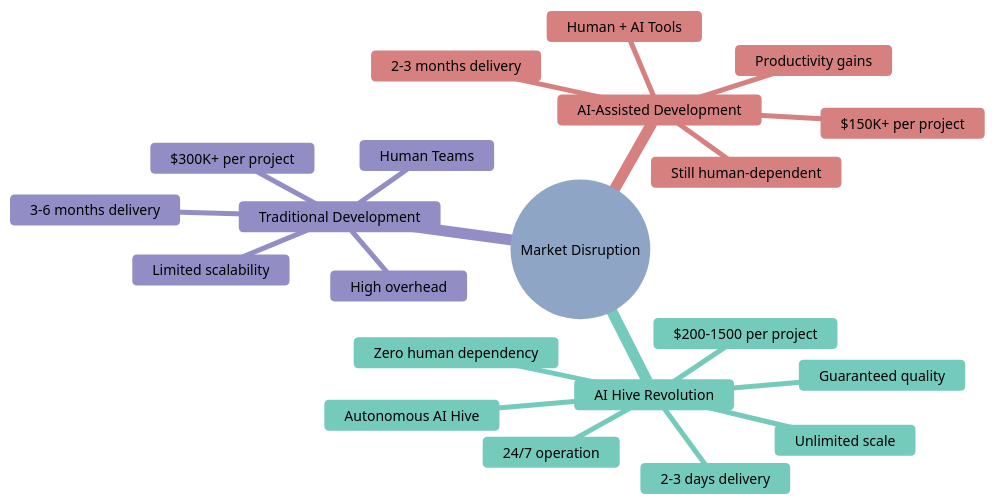
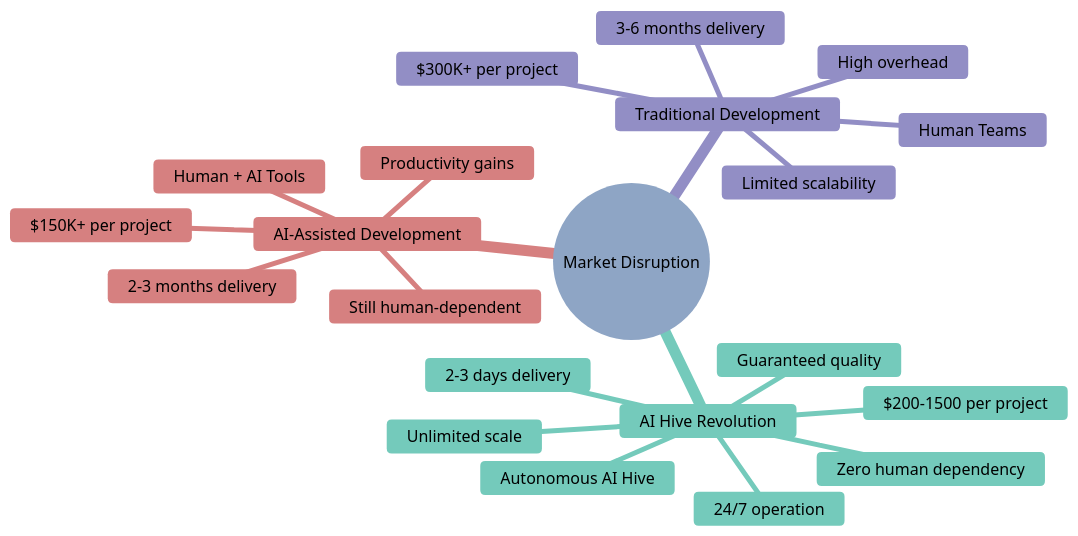
One commit to o2alexanderfedin/AI-Hive-Business-Docs changed the diagram in business-documents/competitive-positioning/index.md. Above: the diagram before and after it, drawn with Mermaid. The commit also changed other lines of this file and 8 other files, not shown here.

````diff
--- a/business-documents/competitive-positioning/index.md
+++ b/business-documents/competitive-positioning/index.md
@@ -65,57 +42,40 @@
 ```mermaid
 %%{init: {
   'theme': 'base',
   'themeVariables': {
     'primaryColor': '#E2E8F0',
     'primaryTextColor': '#000000',
     'primaryBorderColor': '#D5DDE6',
     'lineColor': '#D5DDE6',
     'secondaryColor': '#D0EDE8',
-    'secondaryTextColor': '#000000',
-    'secondaryBorderColor': '#C0E2DC',
     'tertiaryColor': '#F5E0E0',
-    'tertiaryTextColor': '#000000',
-    'tertiaryBorderColor': '#E5CCCC',
     'background': '#FAFAFA',
     'mainBkg': '#E2E8F0',
     'secondBkg': '#D0EDE8',
     'tertiaryBkg': '#F5E0E0',
-    'mainContrastColor': '#000000',
-    'darkMode': false,
-    'fontFamily': 'Arial, sans-serif',
-    'fontSize': '14px',
-    'labelBackground': '#F5F5F5',
-    'textColor': '#000000',
-    'nodeBkg': '#E8E6F2',
-    'nodeTextColor': '#000000',
-    'nodeBorder': '#DDD9E8',
-    'clusterBkg': '#F2E5E9',
-    'clusterBorder': '#E8D5DB',
-    'defaultLinkColor': '#C5D0DD',
-    'titleColor': '#000000',
-    'edgeLabelBackground': '#FAFAFA'
+    'fontFamily': 'Arial, sans-serif'
   }
 }}%%
 mindmap
   root((Market Disruption))
     AI Hive Revolution
       Autonomous AI Hive
       $200-1500 per project
       2-3 days delivery
       Unlimited scale
       Zero human dependency
       24/7 operation
       Guaranteed quality
     AI-Assisted Development
       Human + AI Tools
       $150K+ per project
       2-3 months delivery
       Productivity gains
       Still human-dependent
     Traditional Development
       Human Teams
       $300K+ per project
       3-6 months delivery
       Limited scalability
       High overhead
 ```
````
